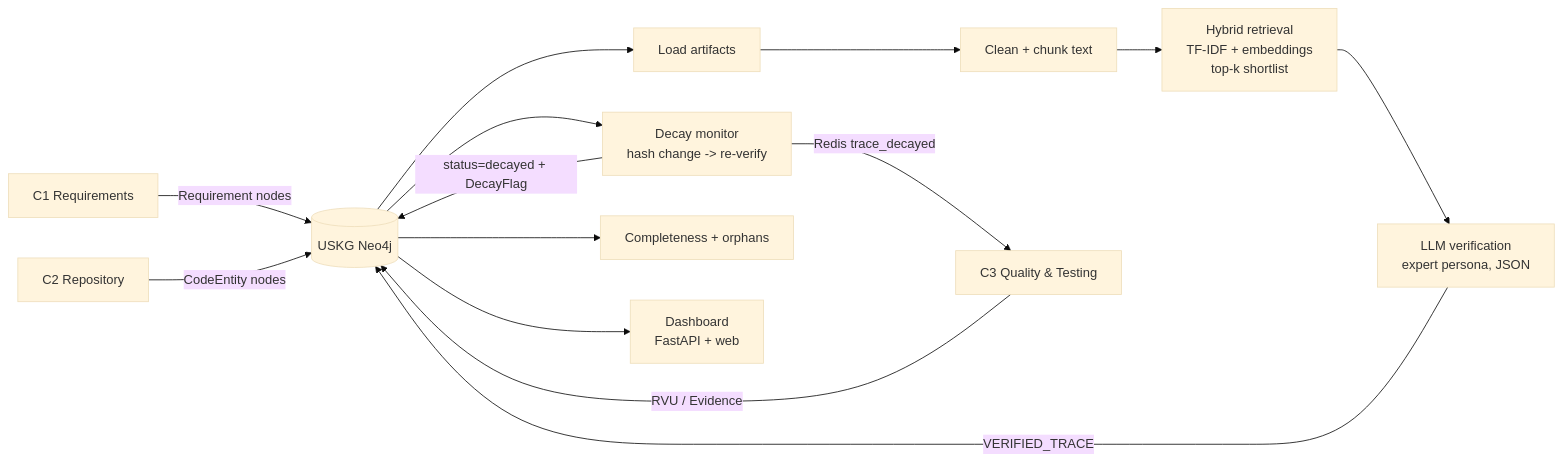
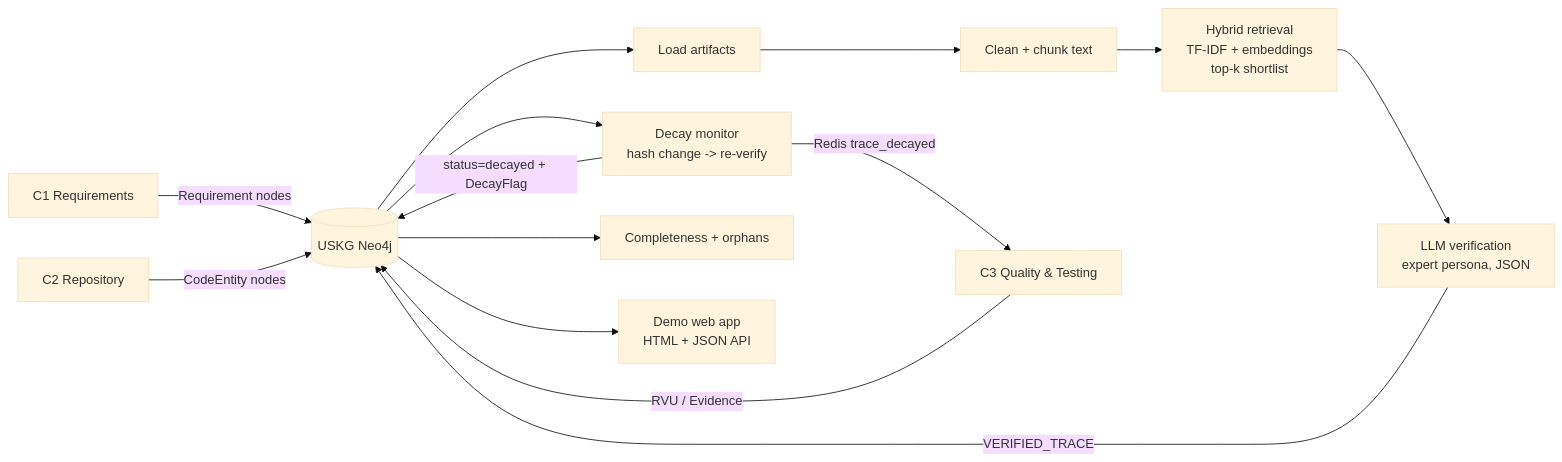
Before and after one commit to Dini-s/J26-SE-327: the diagram in project/docs/traceability_report_draft.md, drawn with Mermaid (base theme). The commit also changed 76 other files, not shown here.

````diff
--- a/project/docs/traceability_report_draft.md
+++ b/project/docs/traceability_report_draft.md
@@ -41,16 +41,16 @@
 ```mermaid
 flowchart LR
     C1[C1 Requirements] -->|Requirement nodes| G[(USKG Neo4j)]
     C2[C2 Repository] -->|CodeEntity nodes| G
     G --> L[Load artifacts]
     L --> P[Clean + chunk text]
     P --> R[Hybrid retrieval<br/>TF-IDF + embeddings<br/>top-k shortlist]
     R --> V[LLM verification<br/>expert persona, JSON]
     V -->|VERIFIED_TRACE| G
     G --> M[Decay monitor<br/>hash change -> re-verify]
     M -->|status=decayed + DecayFlag| G
     M -->|Redis trace_decayed| C3[C3 Quality & Testing]
     C3 -->|RVU / Evidence| G
     G --> S[Completeness + orphans]
-    G --> D[Dashboard<br/>FastAPI + web]
+    G --> D[Demo web app<br/>HTML + JSON API]
 ```
````
